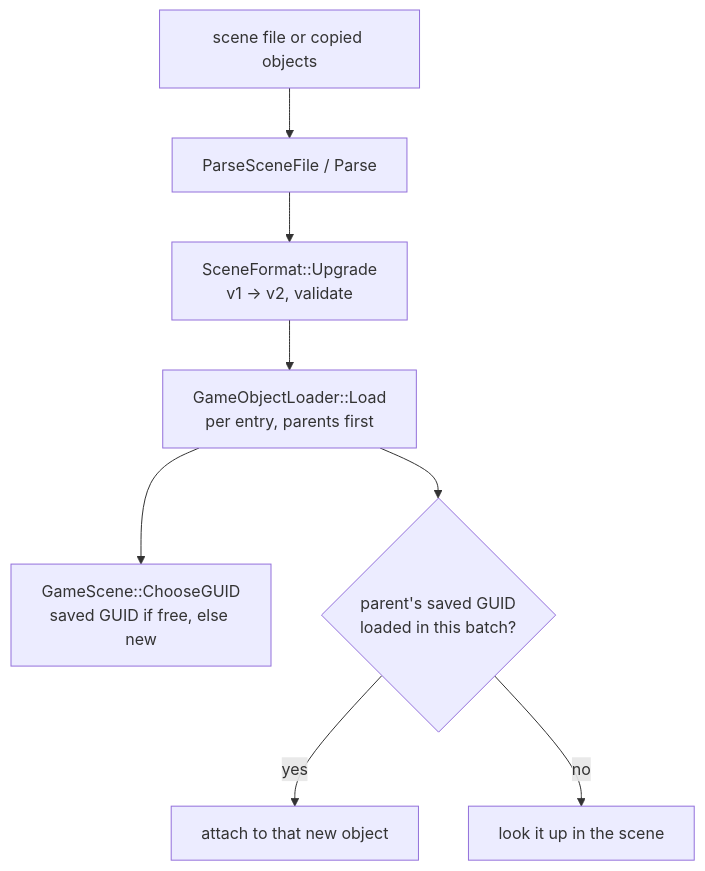
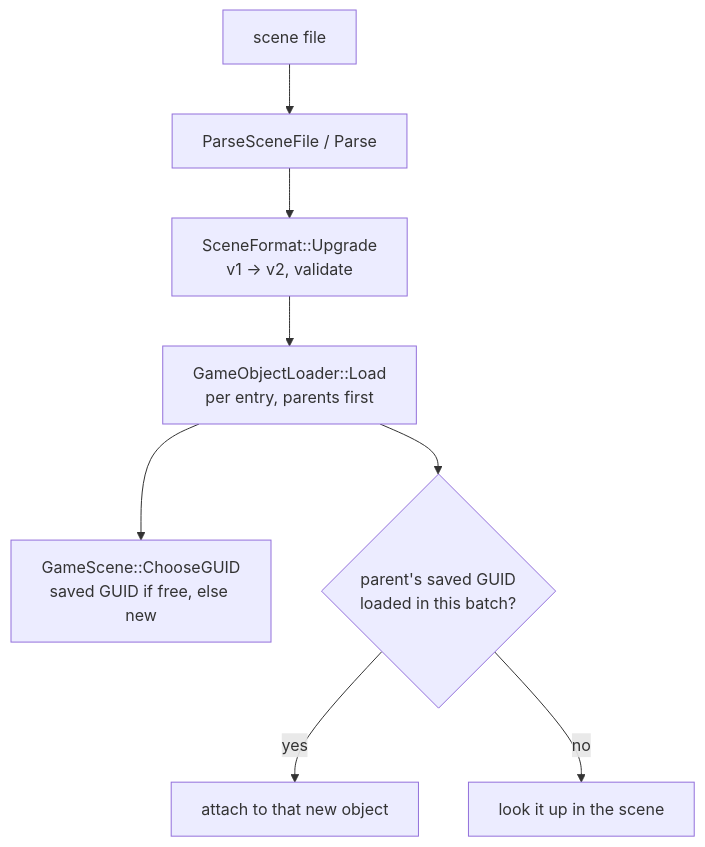
The second of 2 diagrams in Docs/Generated/Engine/03-SceneAndGameObjects/Scene-And-GameObject-Model.md (b1nary0/RZE), drawn with Mermaid before and after one commit. The commit also changed other lines of this file and 19 other files, not shown here.

````diff
--- a/Docs/Generated/Engine/03-SceneAndGameObjects/Scene-And-GameObject-Model.md
+++ b/Docs/Generated/Engine/03-SceneAndGameObjects/Scene-And-GameObject-Model.md
@@ -137,11 +158,11 @@
 ```mermaid
 %%{init: {'flowchart': {'subGraphTitleMargin': {'top': 6, 'bottom': 10}}, 'themeCSS': '.labelBkg, .edgeLabel { background-color: var(--background-primary) !important; } .messageText, .labelText, .loopText { paint-order: stroke; stroke: var(--background-primary); stroke-width: 5px; stroke-linejoin: round; }'}}%%
 flowchart TD
-    File["scene file or copied objects"] --> Parse["ParseSceneFile / Parse"]
+    File["scene file"] --> Parse["ParseSceneFile / Parse"]
     Parse --> Up["SceneFormat::Upgrade<br/>v1 -> v2, validate"]
     Up --> Loader["GameObjectLoader::Load<br/>per entry, parents first"]
     Loader --> Choose["GameScene::ChooseGUID<br/>saved GUID if free, else new"]
     Loader --> Parent{"parent's saved GUID<br/>loaded in this batch?"}
     Parent -->|yes| Batch["attach to that new object"]
     Parent -->|no| Scene["look it up in the scene"]
 ```
````
